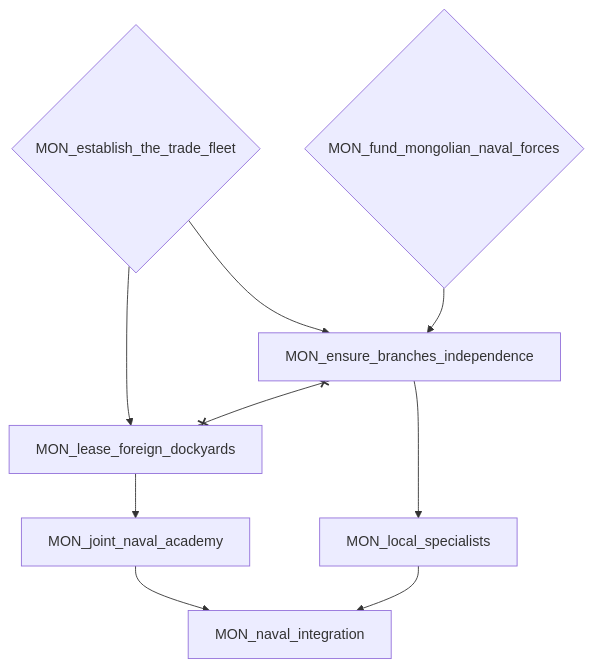
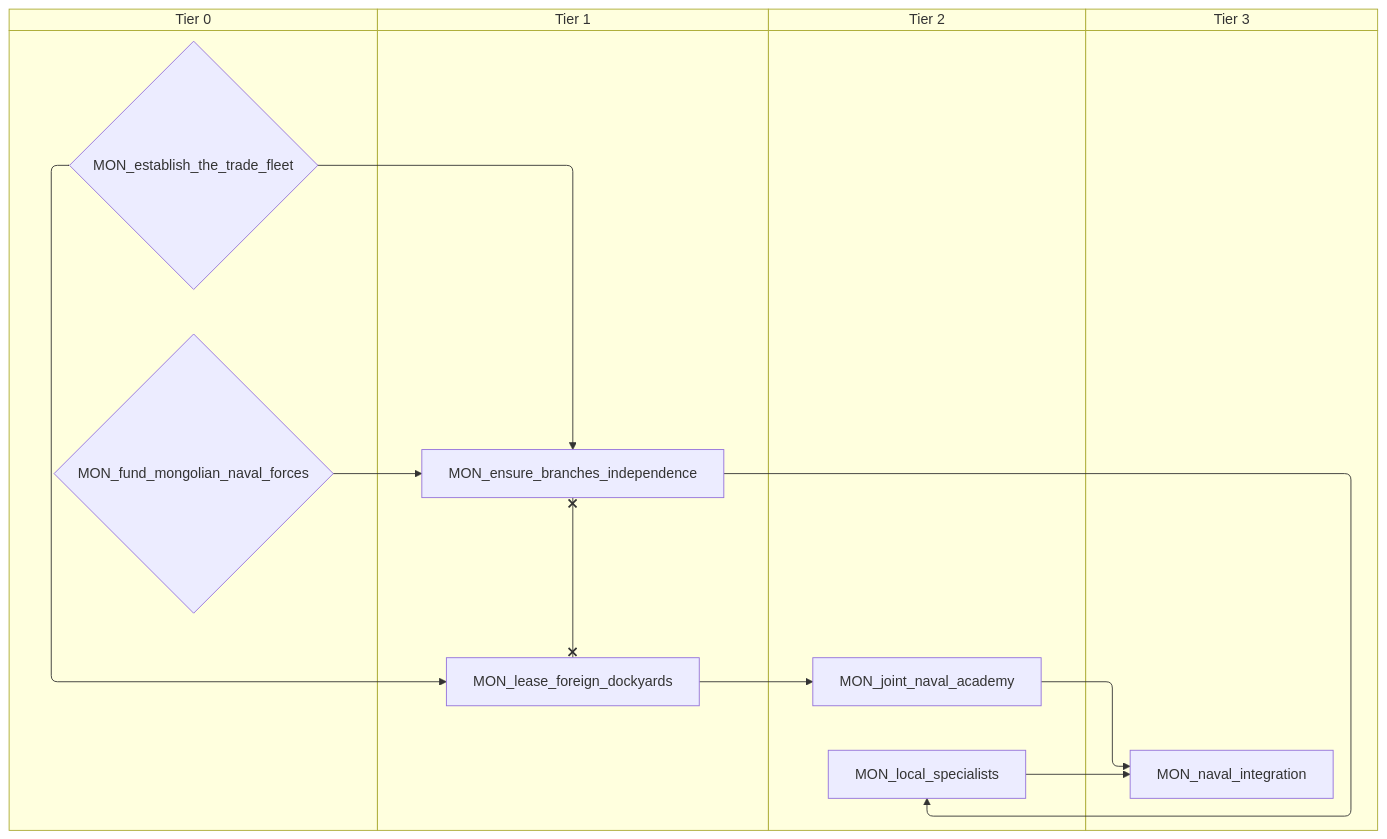
Before and after one commit to evgeny-sobol/hoi4-sandbox-mode-r56: the second of 10 diagrams in docs/gdd/National Focuses/r56/mongolia.md, drawn with Mermaid. The commit also changed other lines of this file and 423 other files, not shown here.

First line of the commit message:
Re-export Rt56 focus trees as swimlane diagrams

````diff
--- a/docs/gdd/National Focuses/r56/mongolia.md
+++ b/docs/gdd/National Focuses/r56/mongolia.md
@@ -34,18 +42,26 @@
 ```mermaid
-flowchart TD
-    n12["MON_ensure_branches_independence"]
-    n13{"MON_establish_the_trade_fleet"}
-    n14{"MON_fund_mongolian_naval_forces"}
-    n15["MON_joint_naval_academy"]
-    n16["MON_lease_foreign_dockyards"]
-    n17["MON_local_specialists"]
-    n18["MON_naval_integration"]
-    n13 --> n12
-    n14 --> n12
-    n16 --> n15
-    n13 --> n16
-    n12 --> n17
-    n15 --> n18
+swimlane-beta TD
+    subgraph tier_0["Tier 0"]
+        n12{"MON_establish_the_trade_fleet"}
+        n13{"MON_fund_mongolian_naval_forces"}
+    end
+    subgraph tier_1["Tier 1"]
+        n14["MON_ensure_branches_independence"]
+        n15["MON_lease_foreign_dockyards"]
+    end
+    subgraph tier_2["Tier 2"]
+        n16["MON_joint_naval_academy"]
+        n17["MON_local_specialists"]
+    end
+    subgraph tier_3["Tier 3"]
+        n18["MON_naval_integration"]
+    end
+    n12 --> n14
+    n13 --> n14
+    n15 --> n16
+    n12 --> n15
+    n14 --> n17
+    n16 --> n18
     n17 --> n18
-    n12 x--x n16
+    n14 x--x n15
 ```
````
